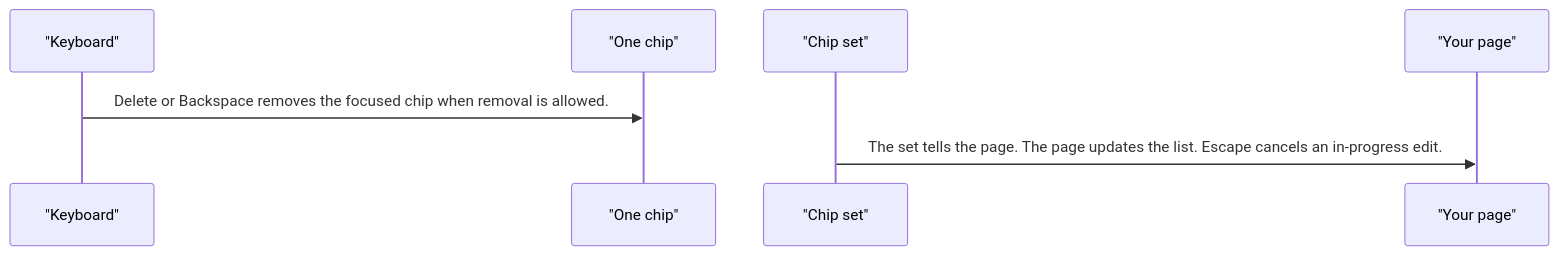
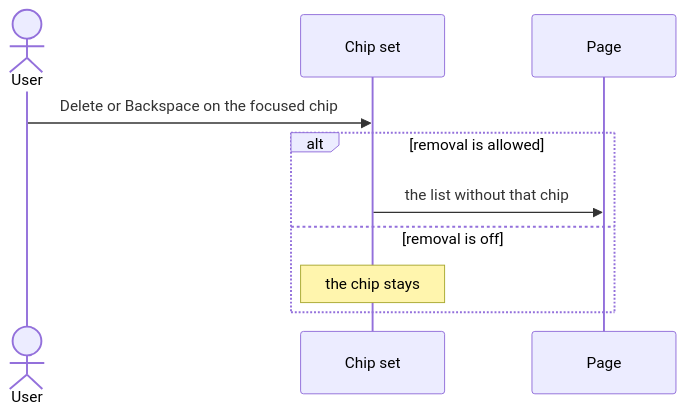
One commit to RajshekharBorate/pixel-ui changed the third of 4 diagrams in projects/pixel-ui/src/lib/pixel-chip/DESIGN.md. Above: the diagram before and after it, drawn with Mermaid. The commit also changed other lines of this file and 73 other files, not shown here.

Commit message:
Explain who owns each value and what each flow does in every component and service design.

````diff
--- a/projects/pixel-ui/src/lib/pixel-chip/DESIGN.md
+++ b/projects/pixel-ui/src/lib/pixel-chip/DESIGN.md
@@ -67,9 +84,12 @@
 ```mermaid
 sequenceDiagram
-  participant keys as "Keyboard"
-  participant chip as "One chip"
-  participant set as "Chip set"
-  participant page as "Your page"
-  keys->>chip: Delete or Backspace removes the focused chip when removal is allowed.
-  set->>page: The set tells the page. The page updates the list. Escape cancels an in-progress edit.
+  actor User
+  participant Set as Chip set
+  participant Page
+  User->>Set: Delete or Backspace on the focused chip
+  alt removal is allowed
+    Set->>Page: the list without that chip
+  else removal is off
+    Note over Set: the chip stays
+  end
 ```
````
